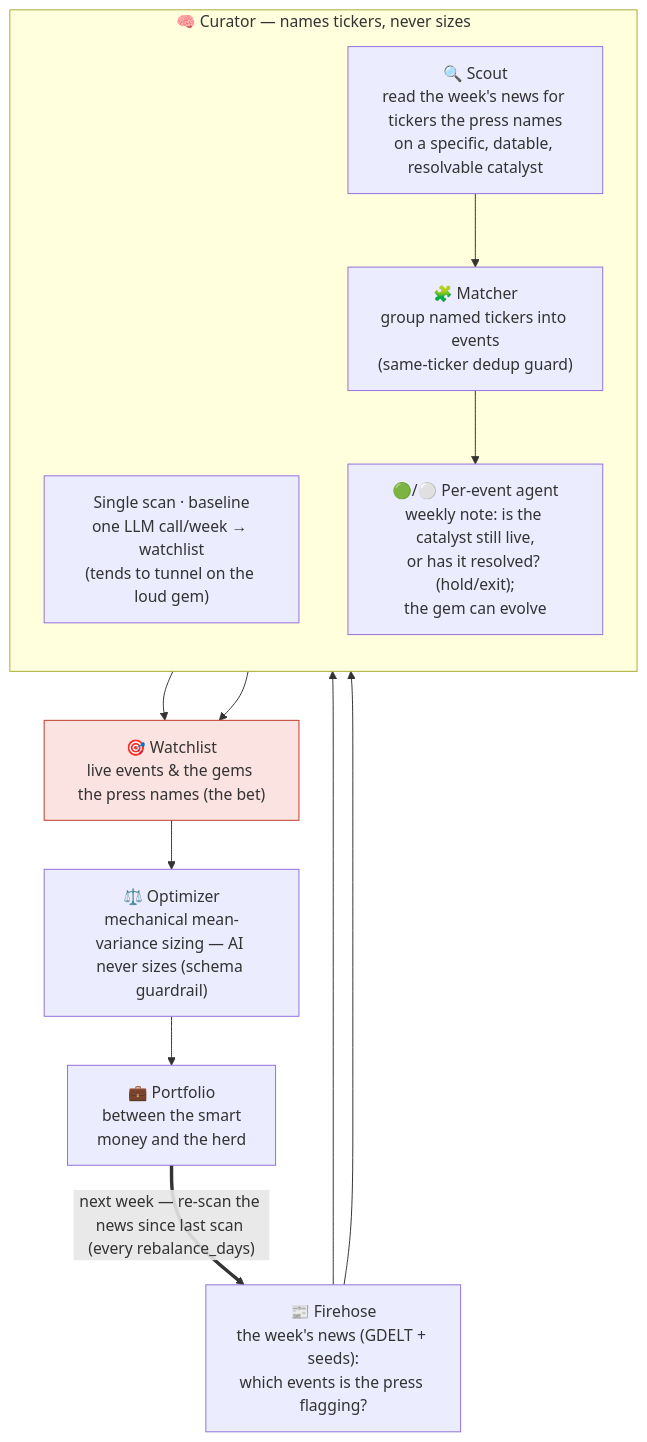
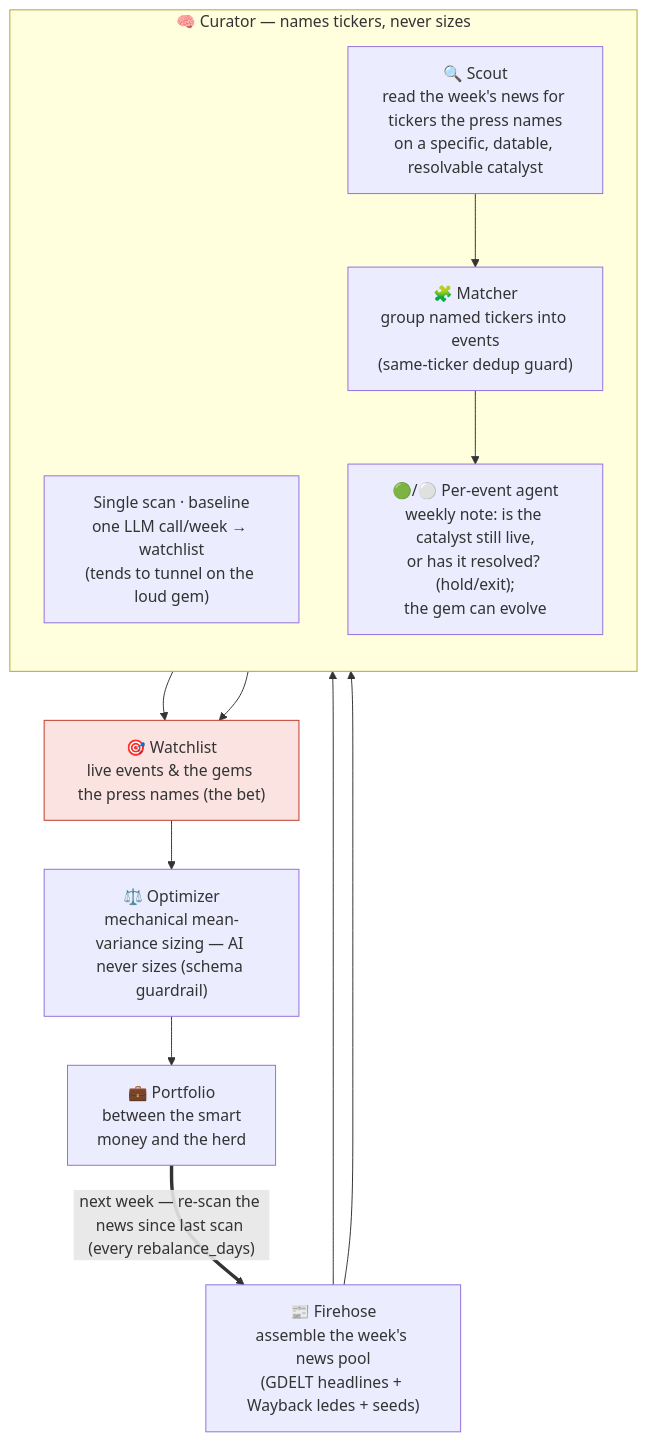
One commit to joehahn/geo-herd-rider changed the diagram in README.md. Above: the diagram before and after it, drawn with Mermaid.

Commit message:
README: Firehose diagram node describes the news pool, not inference
The firehose is pure retrieval; 'which events is the press flagging?' is the
scout's job. Relabel the box to assembling the news pool.

````diff
--- a/README.md
+++ b/README.md
@@ -18,27 +18,27 @@
 ```mermaid
 flowchart TD
-    S["📰 Firehose<br/>the week's news (GDELT + seeds):<br/>which events is the press flagging?"]
+    S["📰 Firehose<br/>assemble the week's news pool<br/>(GDELT headlines + Wayback ledes + seeds)"]
 
     subgraph CUR["🧠 Curator — names tickers, never sizes"]
       direction TB
       SS["Single scan · baseline<br/>one LLM call/week → watchlist<br/>(tends to tunnel on the loud gem)"]
       SC["🔍 Scout<br/>read the week's news for tickers the press names<br/>on a specific, datable, resolvable catalyst"]
       MA["🧩 Matcher<br/>group named tickers into events<br/>(same-ticker dedup guard)"]
       AG["🟢/⚪ Per-event agent<br/>weekly note: is the catalyst still live,<br/>or has it resolved? (hold/exit);<br/>the gem can evolve"]
       SC --> MA --> AG
     end
 
     E["🎯 Watchlist<br/>live events & the gems the press names (the bet)"]
     W["⚖️ Optimizer<br/>mechanical mean-variance sizing — AI never sizes (schema guardrail)"]
     B["💼 Portfolio<br/>between the smart<br/>money and the herd"]
 
     S --> SS
     S --> SC
     SS --> E
     AG --> E
     E --> W --> B
     B == "next week — re-scan the news since last scan (every rebalance_days)" ==> S
 
     classDef bet fill:#fae3e0,stroke:#c0392b;
     class E bet
 ```
````
